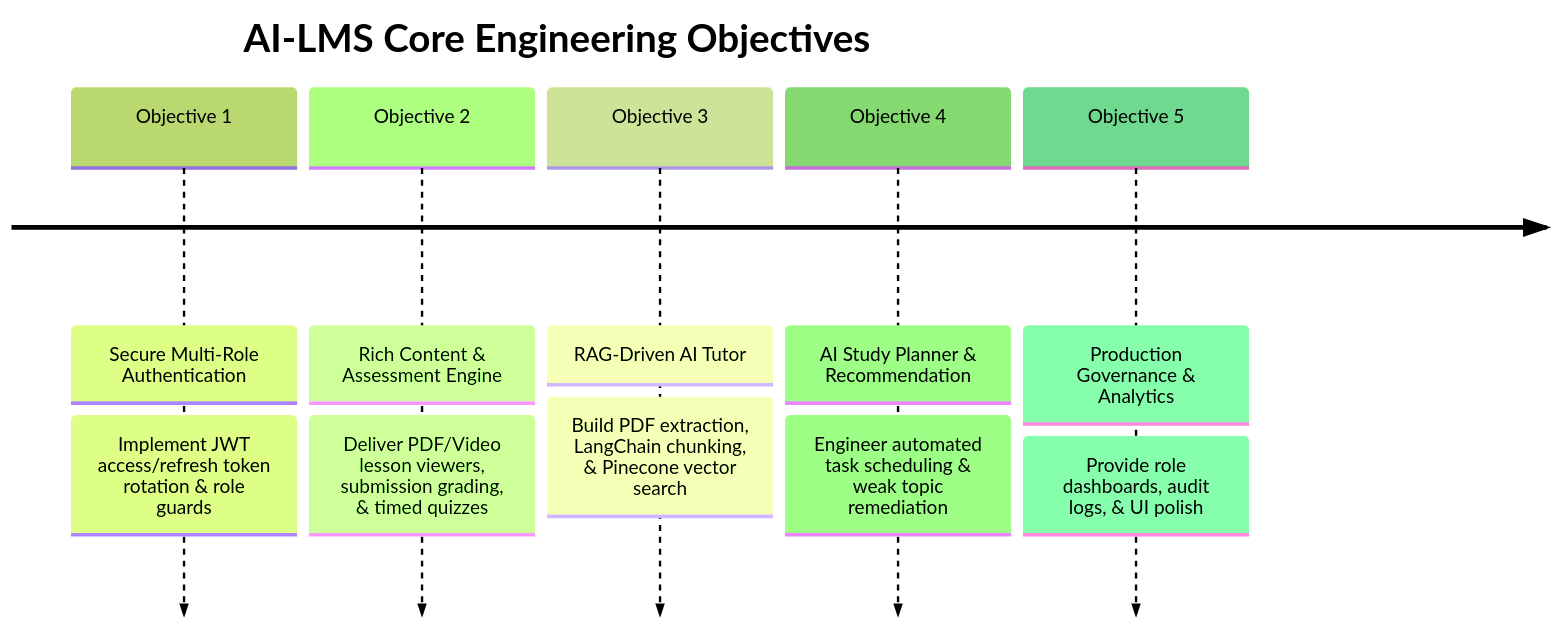
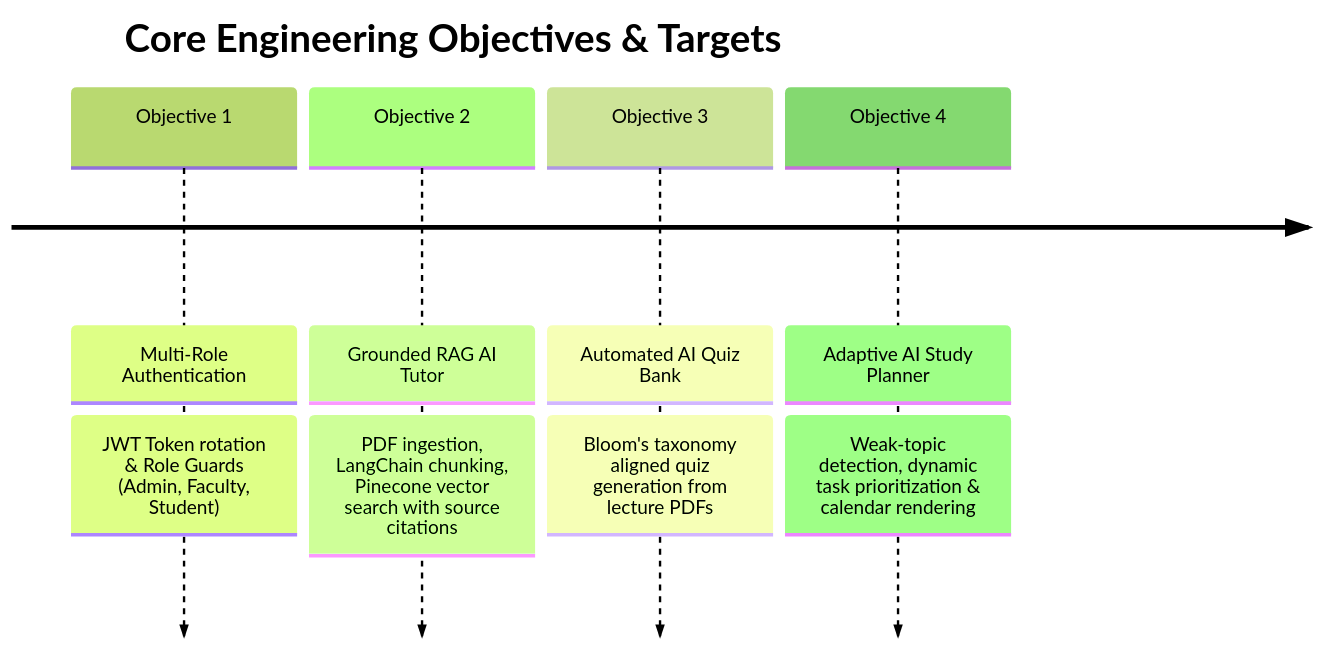
Before and after one commit to adilpalachira/AI_LMS: the sixth of 18 diagrams in docs/PRESENTATION_REPORT_FIRST_EVALUATION.md, drawn with Mermaid (forest theme). The commit also changed other lines of this file and 4 other files, not shown here.

````diff
--- a/docs/PRESENTATION_REPORT_FIRST_EVALUATION.md
+++ b/docs/PRESENTATION_REPORT_FIRST_EVALUATION.md
@@ -159,9 +241,8 @@
 ```mermaid
 timeline
-    title AI-LMS Core Engineering Objectives
-    Objective 1 : Secure Multi-Role Authentication : Implement JWT access/refresh token rotation & role guards
-    Objective 2 : Rich Content & Assessment Engine : Deliver PDF/Video lesson viewers, submission grading, & timed quizzes
-    Objective 3 : RAG-Driven AI Tutor : Build PDF extraction, LangChain chunking, & Pinecone vector search
-    Objective 4 : AI Study Planner & Recommendation : Engineer automated task scheduling & weak topic remediation
-    Objective 5 : Production Governance & Analytics : Provide role dashboards, audit logs, & UI polish
+    title Core Engineering Objectives & Targets
+    Objective 1 : Multi-Role Authentication : JWT Token rotation & Role Guards (Admin, Faculty, Student)
+    Objective 2 : Grounded RAG AI Tutor : PDF ingestion, LangChain chunking, Pinecone vector search with source citations
+    Objective 3 : Automated AI Quiz Bank : Bloom's taxonomy aligned quiz generation from lecture PDFs
+    Objective 4 : Adaptive AI Study Planner : Weak-topic detection, dynamic task prioritization & calendar rendering
 ```
````
